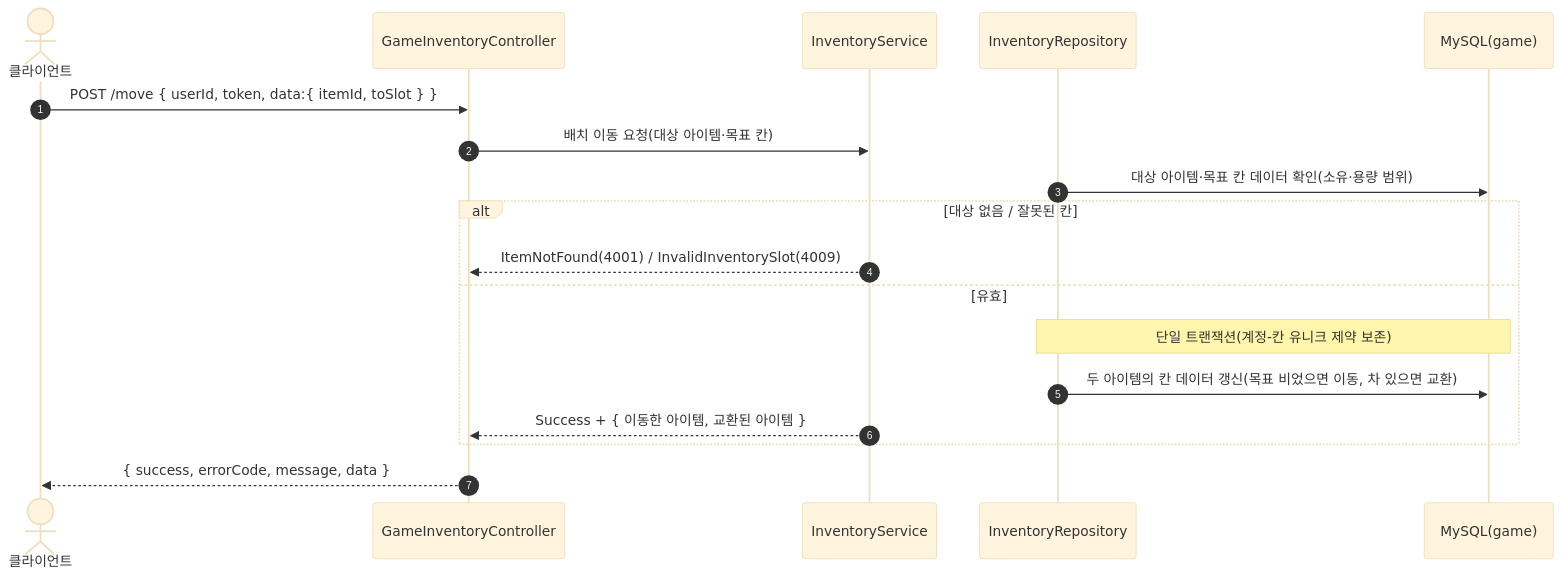
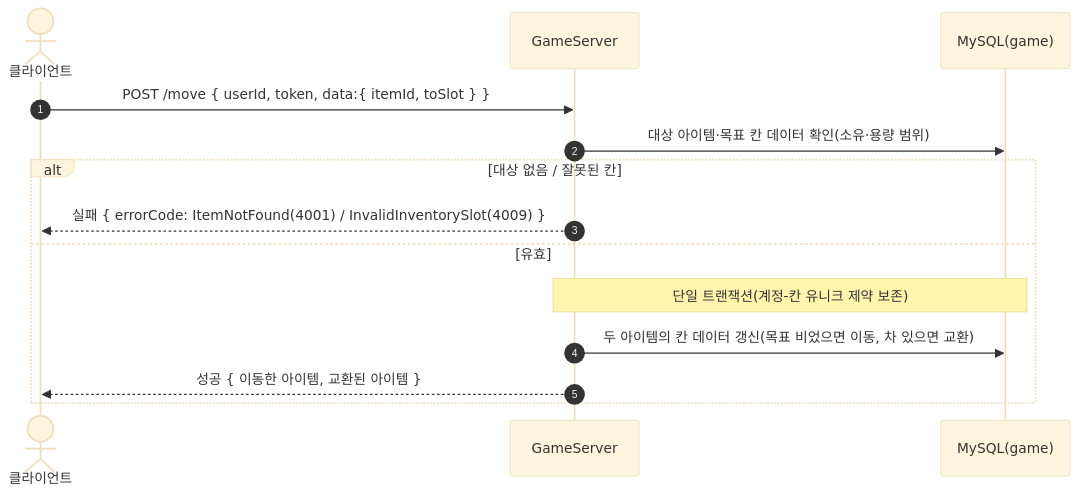
One commit to ks-wook/com2us-taskbar-hero changed the third of 4 diagrams in SequenceDiagram/GameInventoryController.md. Above: the diagram before and after it, drawn with Mermaid (base theme). The commit also changed other lines of this file and 8 other files, not shown here.

Commit message:
시퀀스 다이어그램 수정

````diff
--- a/SequenceDiagram/GameInventoryController.md
+++ b/SequenceDiagram/GameInventoryController.md
@@ -59,21 +50,17 @@
 ```mermaid
 sequenceDiagram
     autonumber
     actor C as 클라이언트
-    participant Ctrl as GameInventoryController
-    participant Svc as InventoryService
-    participant Repo as InventoryRepository
+    participant S as GameServer
     participant DB as MySQL(game)
 
-    C->>Ctrl: POST /move { userId, token, data:{ itemId, toSlot } }
-    Ctrl->>Svc: 배치 이동 요청(대상 아이템·목표 칸)
-    Repo->>DB: 대상 아이템·목표 칸 데이터 확인(소유·용량 범위)
+    C->>S: POST /move { userId, token, data:{ itemId, toSlot } }
+    S->>DB: 대상 아이템·목표 칸 데이터 확인(소유·용량 범위)
     alt 대상 없음 / 잘못된 칸
-        Svc-->>Ctrl: ItemNotFound(4001) / InvalidInventorySlot(4009)
+        S-->>C: 실패 { errorCode: ItemNotFound(4001) / InvalidInventorySlot(4009) }
     else 유효
-        Note over Repo,DB: 단일 트랜잭션(계정-칸 유니크 제약 보존)
-        Repo->>DB: 두 아이템의 칸 데이터 갱신(목표 비었으면 이동, 차 있으면 교환)
-        Svc-->>Ctrl: Success + { 이동한 아이템, 교환된 아이템 }
+        Note over S,DB: 단일 트랜잭션(계정-칸 유니크 제약 보존)
+        S->>DB: 두 아이템의 칸 데이터 갱신(목표 비었으면 이동, 차 있으면 교환)
+        S-->>C: 성공 { 이동한 아이템, 교환된 아이템 }
     end
-    Ctrl-->>C: { success, errorCode, message, data }
 ```
````
